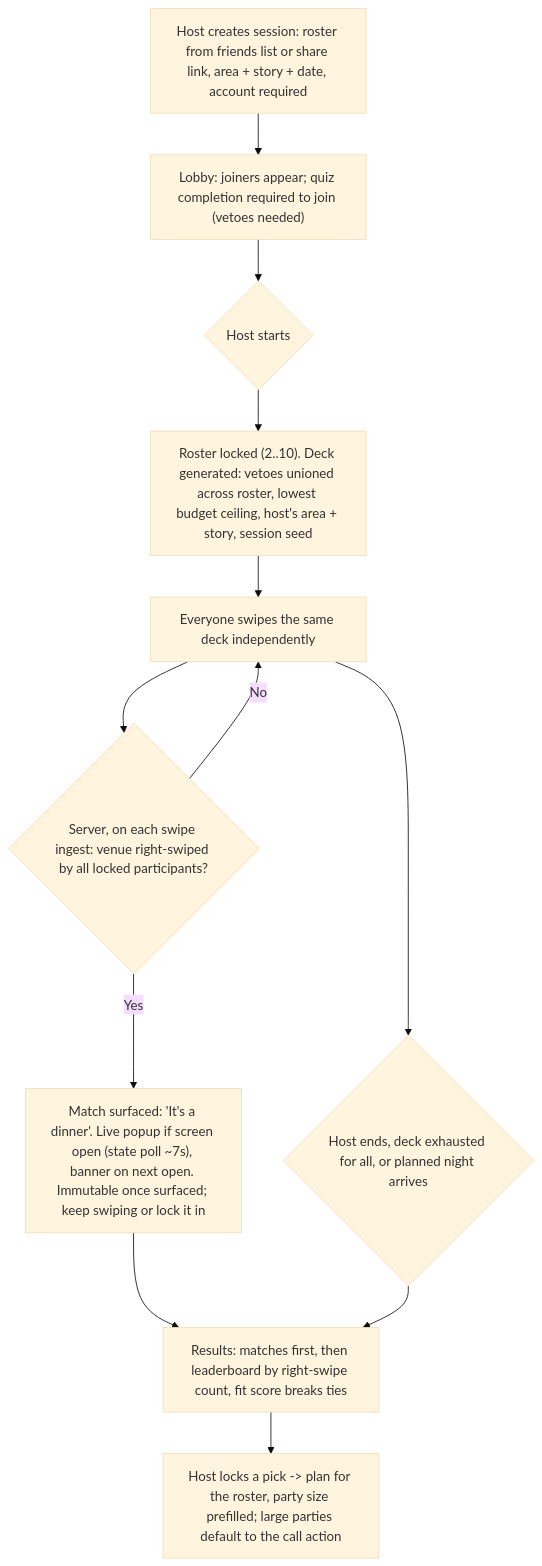
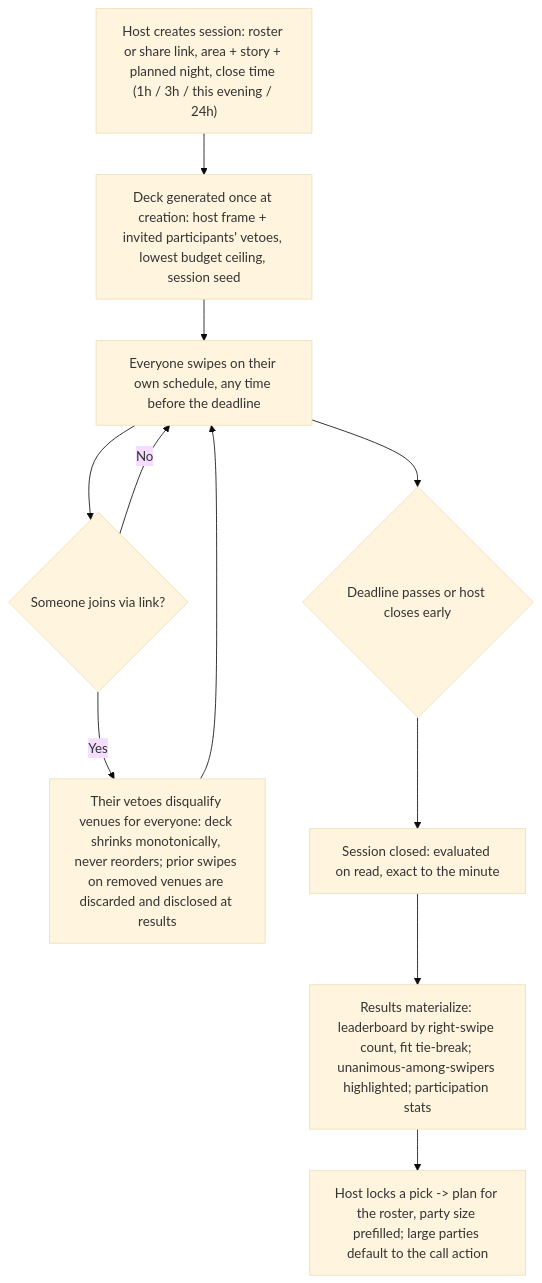
One commit to jsimo20/where2eat changed the seventh of 7 diagrams in docs/technical-design.md. Above: the diagram before and after it, drawn with Mermaid (base theme). The commit also changed other lines of this file and 3 other files, not shown here.

````diff
--- a/docs/technical-design.md
+++ b/docs/technical-design.md
@@ -330,14 +328,13 @@
 ```mermaid
 flowchart TD
-    A["Host creates session: roster from friends list or share link, area + story + date, account required"] --> B["Lobby: joiners appear; quiz completion required to join (vetoes needed)"]
-    B --> C{Host starts}
-    C --> D["Roster locked (2..10). Deck generated: vetoes unioned across roster, lowest budget ceiling, host's area + story, session seed"]
-    D --> E[Everyone swipes the same deck independently]
-    E --> F{Server, on each swipe ingest: venue right-swiped by all locked participants?}
-    F -->|Yes| G["Match surfaced: 'It's a dinner'. Live popup if screen open (state poll ~7s), banner on next open. Immutable once surfaced; keep swiping or lock it in"]
-    F -->|No| E
-    G --> I
-    E --> H{Host ends, deck exhausted for all, or planned night arrives}
-    H --> I["Results: matches first, then leaderboard by right-swipe count, fit score breaks ties"]
-    I --> J["Host locks a pick -> plan for the roster, party size prefilled; large parties default to the call action"]
+    A["Host creates session: roster or share link, area + story + planned night, close time (1h / 3h / this evening / 24h)"] --> B["Deck generated once at creation: host frame + invited participants' vetoes, lowest budget ceiling, session seed"]
+    B --> C["Everyone swipes on their own schedule, any time before the deadline"]
+    C --> D{Someone joins via link?}
+    D -->|Yes| E["Their vetoes disqualify venues for everyone: deck shrinks monotonically, never reorders; prior swipes on removed venues are discarded and disclosed at results"]
+    E --> C
+    D -->|No| C
+    C --> F{Deadline passes or host closes early}
+    F --> G["Session closed: evaluated on read, exact to the minute"]
+    G --> H["Results materialize: leaderboard by right-swipe count, fit tie-break; unanimous-among-swipers highlighted; participation stats"]
+    H --> I["Host locks a pick -> plan for the roster, party size prefilled; large parties default to the call action"]
 ```
````
